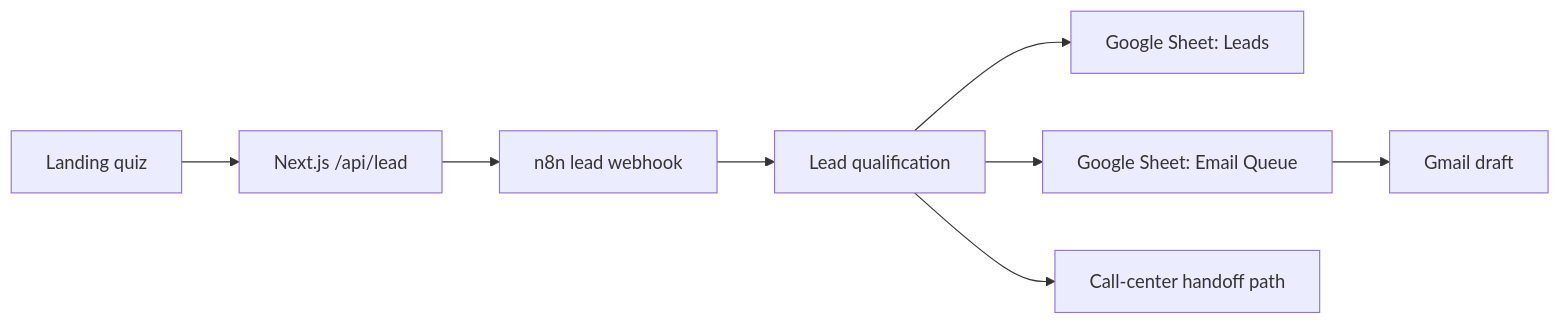
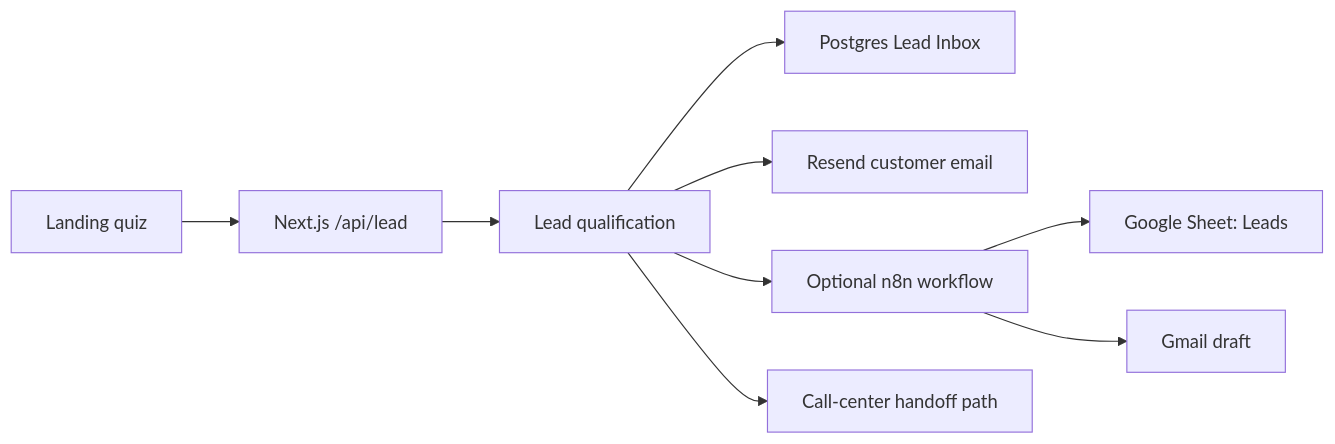
The diagram in README.md (QuiltyVal/novahaus-lead-quiz), drawn with Mermaid before and after one commit. The commit also changed other lines of this file and 1 other file, not shown here.

Commit message:
docs: add lead API hardening backlog

````diff
--- a/README.md
+++ b/README.md
@@ -5,10 +5,11 @@
 ```mermaid
 flowchart LR
   A["Landing quiz"] --> B["Next.js /api/lead"]
-  B --> C["n8n lead webhook"]
-  C --> D["Lead qualification"]
-  D --> E["Google Sheet: Leads"]
-  D --> F["Google Sheet: Email Queue"]
-  F --> G["Gmail draft"]
-  D --> H["Call-center handoff path"]
+  B --> C["Lead qualification"]
+  C --> D["Postgres Lead Inbox"]
+  C --> E["Resend customer email"]
+  C --> F["Optional n8n workflow"]
+  F --> G["Google Sheet: Leads"]
+  F --> H["Gmail draft"]
+  C --> I["Call-center handoff path"]
 ```
````
